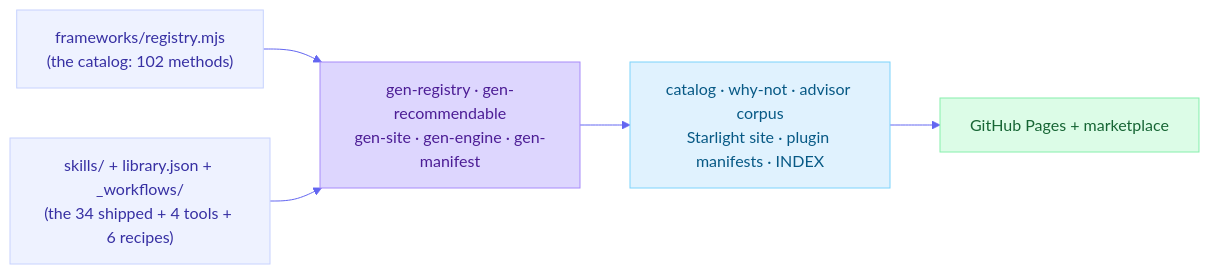
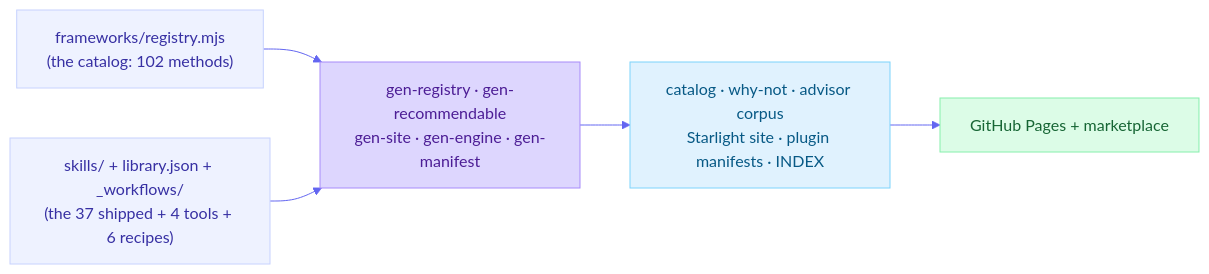
Before and after one commit to product-on-purpose/thinking-framework-skills: the diagram in docs/architecture.md, drawn with Mermaid. The commit also changed other lines of this file and 29 other files, not shown here.

````diff
--- a/docs/architecture.md
+++ b/docs/architecture.md
@@ -46,16 +46,16 @@
 ```mermaid
 %%{init: {'theme':'base','themeVariables':{'primaryColor':'#eef2ff','primaryBorderColor':'#c7d2fe','lineColor':'#6366f1'}}}%%
 graph LR
   reg["frameworks/registry.mjs<br/>(the catalog: 102 methods)"]:::source
-  skl["skills/ + library.json + _workflows/<br/>(the 34 shipped + 4 tools + 6 recipes)"]:::source
+  skl["skills/ + library.json + _workflows/<br/>(the 37 shipped + 4 tools + 6 recipes)"]:::source
   gen["gen-registry · gen-recommendable<br/>gen-site · gen-engine · gen-manifest"]:::build
   views["catalog · why-not · advisor corpus<br/>Starlight site · plugin manifests · INDEX"]:::site
   pages["GitHub Pages + marketplace"]:::deploy
   reg --> gen
   skl --> gen
   gen --> views --> pages
   classDef source fill:#eef2ff,stroke:#c7d2fe,color:#3730a3;
   classDef build fill:#ddd6fe,stroke:#a78bfa,color:#4c1d95;
   classDef site fill:#e0f2fe,stroke:#7dd3fc,color:#075985;
   classDef deploy fill:#dcfce7,stroke:#86efac,color:#166534;
 ```
````
